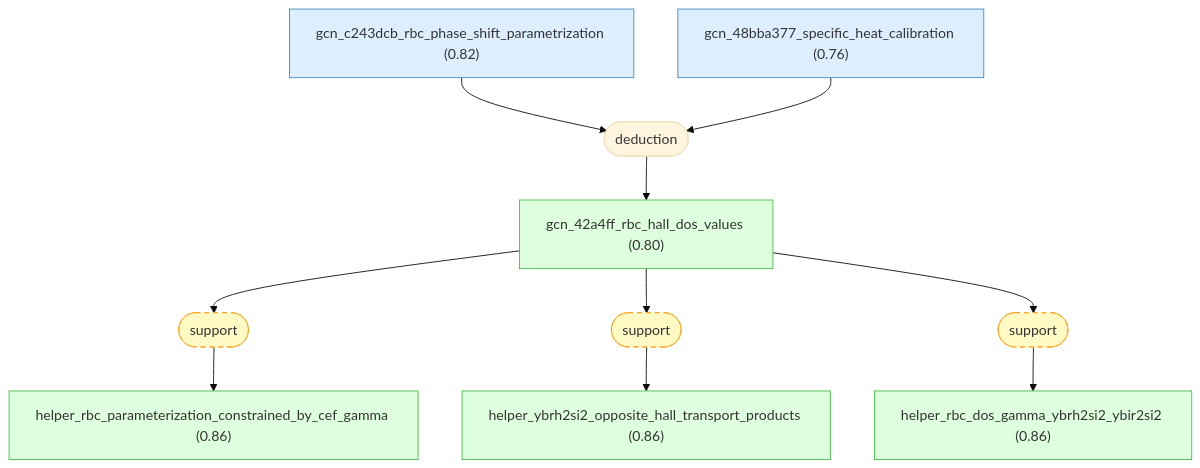
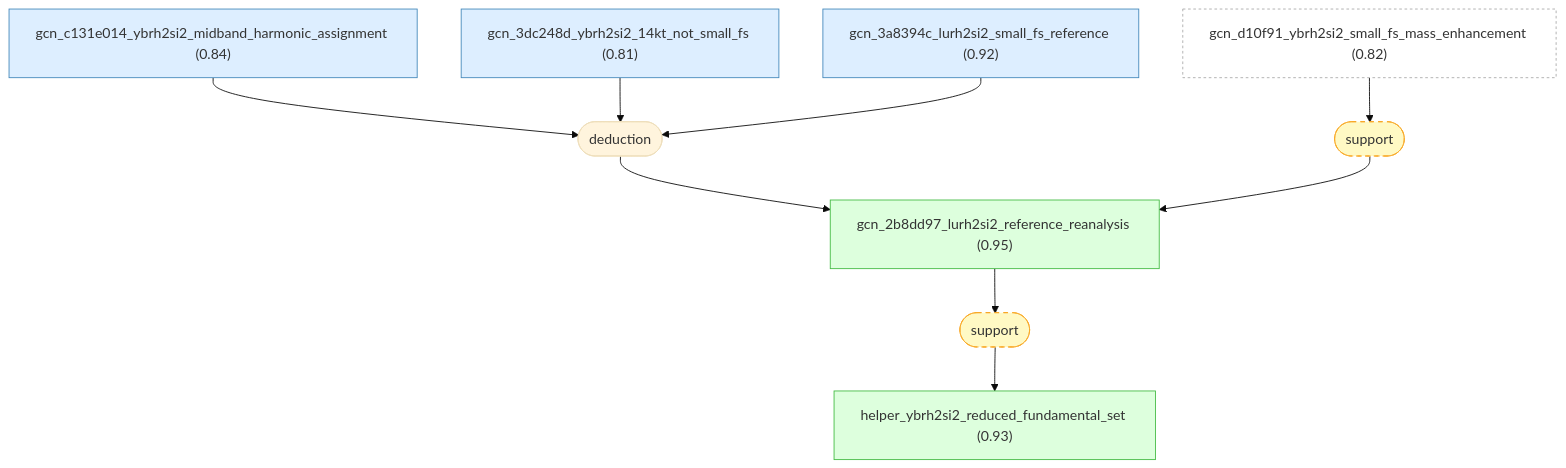
One commit to Callo42/fermi-liquid-effective-mass-gaia changed the fifth of 13 diagrams in docs/detailed-reasoning.md. Above: the diagram before and after it, drawn with Mermaid (base theme). The commit also changed other lines of this file and 53 other files, not shown here.

First line of the commit message:
Regenerate Fermi graph from connected root

````diff
--- a/docs/detailed-reasoning.md
+++ b/docs/detailed-reasoning.md
@@ -840,32 +696,30 @@
 ```mermaid
 graph TD
-    gcn_c243dcb_rbc_phase_shift_parametrization["gcn_c243dcb_rbc_phase_shift_parametrization (0.82)"]:::premise
-    gcn_48bba377_specific_heat_calibration["gcn_48bba377_specific_heat_calibration (0.76)"]:::premise
-    gcn_42a4ff_rbc_hall_dos_values["gcn_42a4ff_rbc_hall_dos_values (0.80)"]:::derived
-    helper_rbc_parameterization_constrained_by_cef_gamma["helper_rbc_parameterization_constrained_by_cef_gamma (0.86)"]:::derived
-    helper_ybrh2si2_opposite_hall_transport_products["helper_ybrh2si2_opposite_hall_transport_products (0.86)"]:::derived
-    helper_rbc_dos_gamma_ybrh2si2_ybir2si2["helper_rbc_dos_gamma_ybrh2si2_ybir2si2 (0.86)"]:::derived
-    strat_13(["deduction"])
-    gcn_c243dcb_rbc_phase_shift_parametrization --> strat_13
-    gcn_48bba377_specific_heat_calibration --> strat_13
-    strat_13 --> gcn_42a4ff_rbc_hall_dos_values
-    strat_14(["support"]):::weak
-    gcn_42a4ff_rbc_hall_dos_values --> strat_14
-    strat_14 --> helper_rbc_parameterization_constrained_by_cef_gamma
-    strat_15(["support"]):::weak
-    gcn_42a4ff_rbc_hall_dos_values --> strat_15
-    strat_15 --> helper_ybrh2si2_opposite_hall_transport_products
-    strat_16(["support"]):::weak
-    gcn_42a4ff_rbc_hall_dos_values --> strat_16
-    strat_16 --> helper_rbc_dos_gamma_ybrh2si2_ybir2si2
+    gcn_c131e014_ybrh2si2_midband_harmonic_assignment["gcn_c131e014_ybrh2si2_midband_harmonic_assignment (0.84)"]:::premise
+    gcn_3dc248d_ybrh2si2_14kt_not_small_fs["gcn_3dc248d_ybrh2si2_14kt_not_small_fs (0.81)"]:::premise
+    gcn_3a8394c_lurh2si2_small_fs_reference["gcn_3a8394c_lurh2si2_small_fs_reference (0.92)"]:::premise
+    gcn_2b8dd97_lurh2si2_reference_reanalysis["gcn_2b8dd97_lurh2si2_reference_reanalysis (0.95)"]:::derived
+    helper_ybrh2si2_reduced_fundamental_set["helper_ybrh2si2_reduced_fundamental_set (0.93)"]:::derived
+    gcn_d10f91_ybrh2si2_small_fs_mass_enhancement["gcn_d10f91_ybrh2si2_small_fs_mass_enhancement (0.82)"]:::external
+    strat_10(["deduction"])
+    gcn_c131e014_ybrh2si2_midband_harmonic_assignment --> strat_10
+    gcn_3dc248d_ybrh2si2_14kt_not_small_fs --> strat_10
+    gcn_3a8394c_lurh2si2_small_fs_reference --> strat_10
+    strat_10 --> gcn_2b8dd97_lurh2si2_reference_reanalysis
+    strat_11(["support"]):::weak
+    gcn_2b8dd97_lurh2si2_reference_reanalysis --> strat_11
+    strat_11 --> helper_ybrh2si2_reduced_fundamental_set
+    strat_22(["support"]):::weak
+    gcn_d10f91_ybrh2si2_small_fs_mass_enhancement --> strat_22
+    strat_22 --> gcn_2b8dd97_lurh2si2_reference_reanalysis
 
     classDef setting fill:#f0f0f0,stroke:#999,color:#333
     classDef premise fill:#ddeeff,stroke:#4488bb,color:#333
     classDef derived fill:#ddffdd,stroke:#44bb44,color:#333
     classDef question fill:#fff3dd,stroke:#cc9944,color:#333
     classDef background fill:#f5f5f5,stroke:#bbb,stroke-dasharray: 5 5,color:#333
     classDef orphan fill:#fff,stroke:#ccc,stroke-dasharray: 5 5,color:#333
     classDef external fill:#fff,stroke:#aaa,stroke-dasharray: 3 3,color:#333
     classDef weak fill:#fff9c4,stroke:#f9a825,stroke-dasharray: 5 5,color:#333
     classDef contra fill:#ffebee,stroke:#c62828,color:#333
 ```
````
